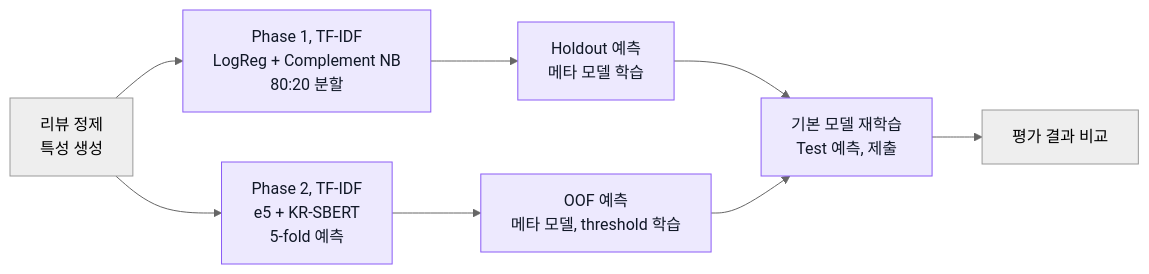
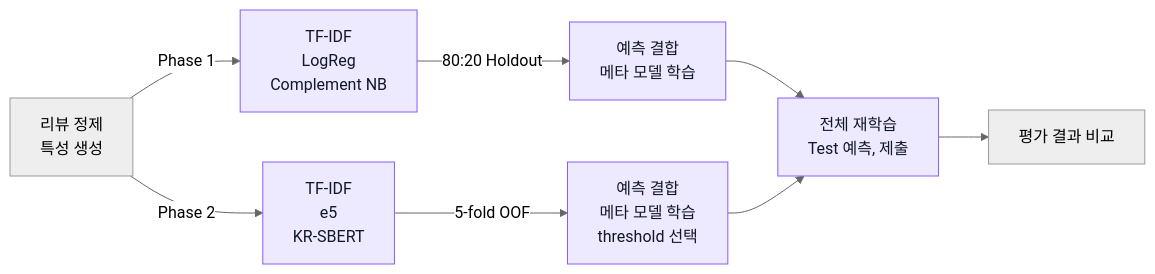
Before and after one commit to lcsvvo/Korean-Sentiment-Generalization: the diagram in README.md, drawn with Mermaid (neutral theme).

Commit message:
docs: move phase and split labels onto workflow arrows

````diff
--- a/README.md
+++ b/README.md
@@ -53,13 +53,13 @@
 ```mermaid
 flowchart LR
     A["리뷰 정제<br/>특성 생성"]
-    A --> B["Phase 1, TF-IDF<br/>LogReg + Complement NB<br/>80:20 분할"]
-    A --> C["Phase 2, TF-IDF<br/>e5 + KR-SBERT<br/>5-fold 예측"]
-    B --> D["Holdout 예측<br/>메타 모델 학습"]
-    C --> E["OOF 예측<br/>메타 모델, threshold 학습"]
-    D --> F["기본 모델 재학습<br/>Test 예측, 제출"]
+    A -->|Phase 1| B["TF-IDF<br/>LogReg<br/>Complement NB"]
+    A -->|Phase 2| C["TF-IDF<br/>e5<br/>KR-SBERT"]
+    B -->|80:20 Holdout| D["예측 결합<br/>메타 모델 학습"]
+    C -->|5-fold OOF| E["예측 결합<br/>메타 모델 학습<br/>threshold 선택"]
+    D --> F["전체 재학습<br/>Test 예측, 제출"]
     E --> F
     F --> G["평가 결과 비교"]
     classDef step fill:#ede9fe,stroke:#8b5cf6,color:#111827;
     class B,C,D,E,F step;
 ```
````
